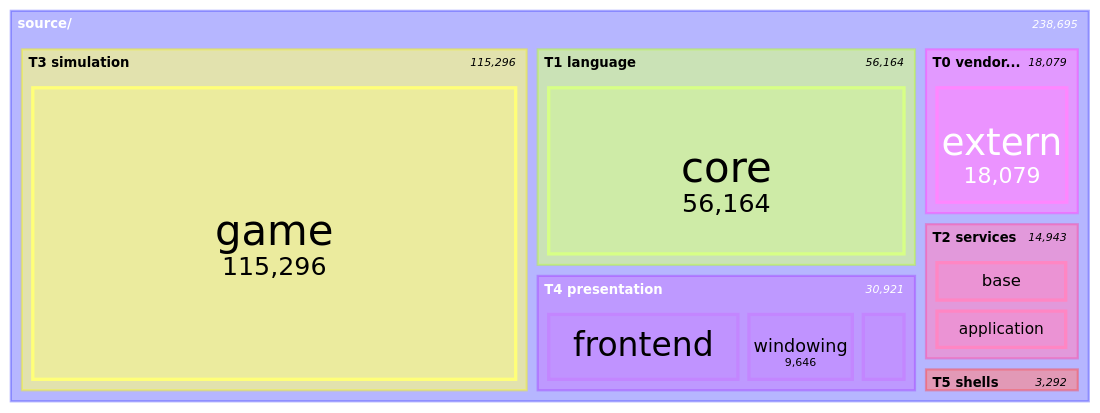
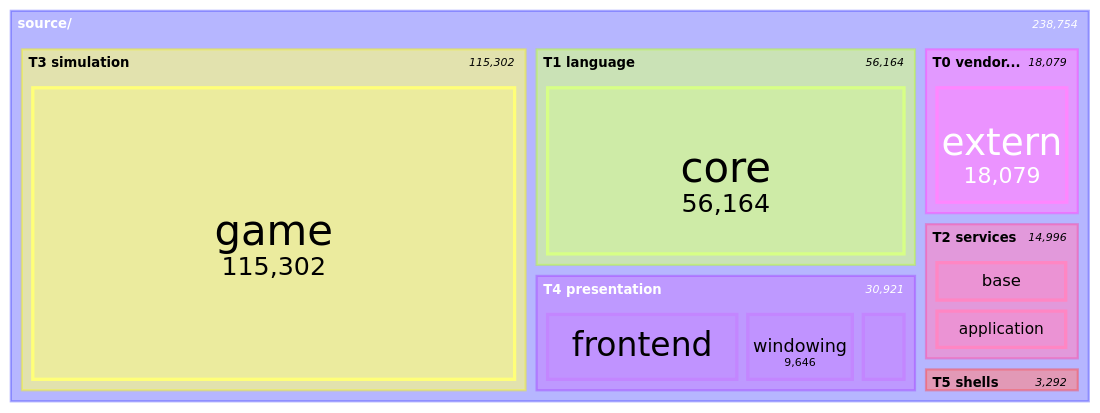
One commit to apnex/OpenStarbound changed the seventh of 11 diagrams in docs/architecture/system-boundaries.md. Above: the diagram before and after it, drawn with Mermaid. The commit also changed other lines of this file and 4 other files, not shown here.

````diff
--- a/docs/architecture/system-boundaries.md
+++ b/docs/architecture/system-boundaries.md
@@ -577,21 +577,21 @@
 ```mermaid
 treemap-beta
 "source/"
     "T0 vendored"
         "extern": 18079
     "T1 language"
         "core": 56164
     "T2 services"
-        "base": 7411
+        "base": 7464
         "application": 7390
         "platform": 142
     "T3 simulation"
-        "game": 115296
+        "game": 115302
     "T4 presentation"
         "frontend": 16861
         "windowing": 9646
         "rendering": 4414
     "T5 shells"
         "client": 2509
         "server": 783
 ```
````
